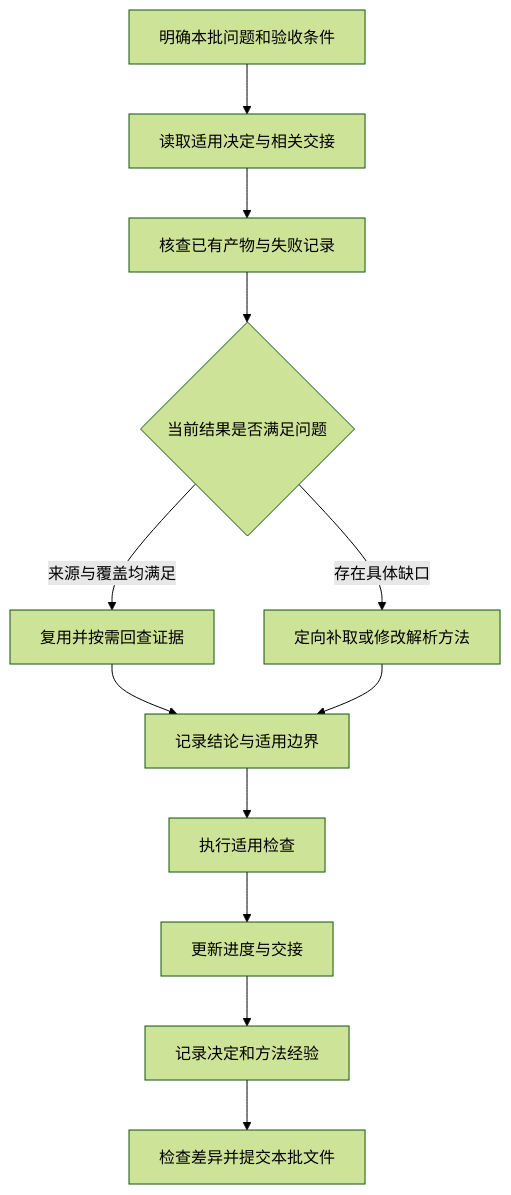
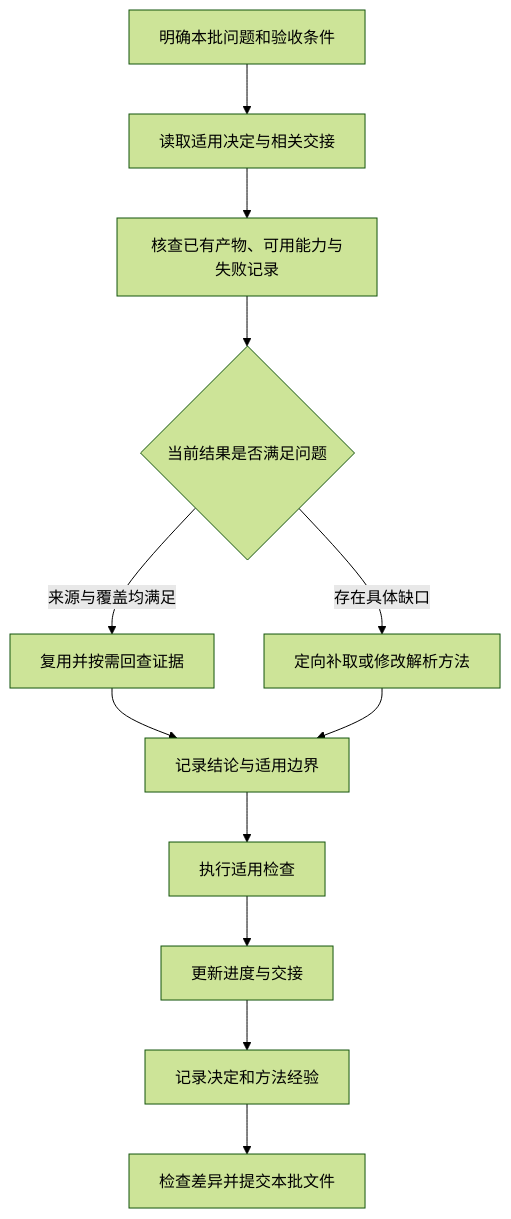
The diagram in Sifu/项目工作流与规则.md (LIAN-chb/SifuResearch), drawn with Mermaid (forest theme) before and after one commit. The commit also changed other lines of this file and 9 other files, not shown here.

````diff
--- a/Sifu/项目工作流与规则.md
+++ b/Sifu/项目工作流与规则.md
@@ -39,14 +39,14 @@
 ```mermaid
 flowchart TD
   A[明确本批问题和验收条件] --> B[读取适用决定与相关交接]
-  B --> C[核查已有产物与失败记录]
+  B --> C[核查已有产物、可用能力与失败记录]
   C --> D{当前结果是否满足问题}
   D -->|来源与覆盖均满足| E[复用并按需回查证据]
   D -->|存在具体缺口| F[定向补取或修改解析方法]
   E --> G[记录结论与适用边界]
   F --> G
   G --> H[执行适用检查]
   H --> I[更新进度与交接]
   I --> J[记录决定和方法经验]
   J --> K[检查差异并提交本批文件]
 ```
````
